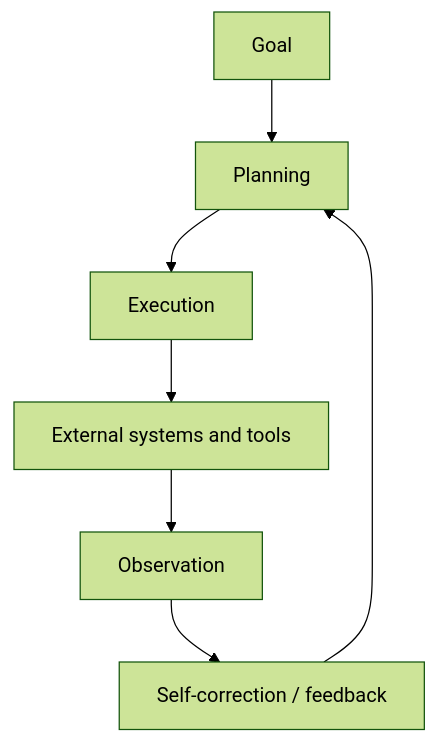
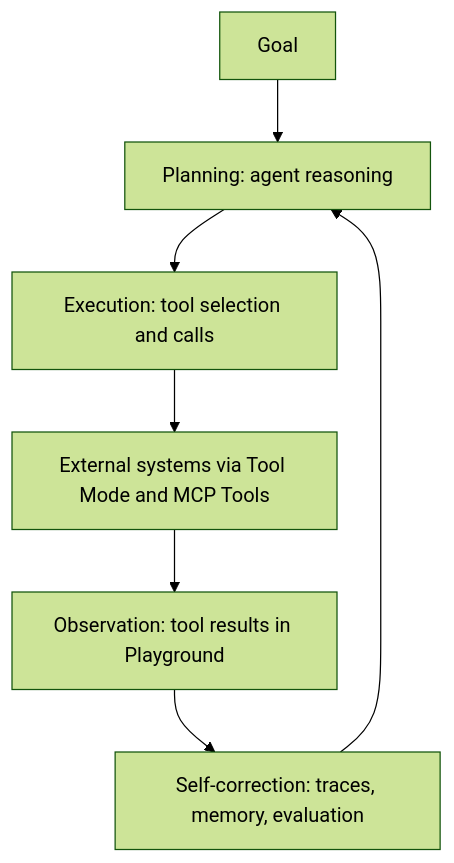
The sixth of 11 diagrams in book/chapters/chapter-02-from-agents-to-agentic-ai.md (naren-allam/agents-beginners), drawn with Mermaid (forest theme) before and after one commit. The commit also changed other lines of this file and 28 other files, not shown here.

````diff
--- a/book/chapters/chapter-02-from-agents-to-agentic-ai.md
+++ b/book/chapters/chapter-02-from-agents-to-agentic-ai.md
@@ -157,16 +164,16 @@
 ```mermaid
 flowchart TD
     Goal["Goal"]
-    Plan["Planning"]
-    Execute["Execution"]
-    Observe["Observation"]
-    Correct["Self-correction / feedback"]
-    Systems["External systems and tools"]
+    Plan["Planning: agent reasoning"]
+    Execute["Execution: tool selection and calls"]
+    Observe["Observation: tool results in Playground"]
+    Correct["Self-correction: traces, memory, evaluation"]
+    Systems["External systems via Tool Mode and MCP Tools"]
 
     Goal --> Plan
     Plan --> Execute
     Execute --> Systems
     Systems --> Observe
     Observe --> Correct
     Correct --> Plan
 ```
````
